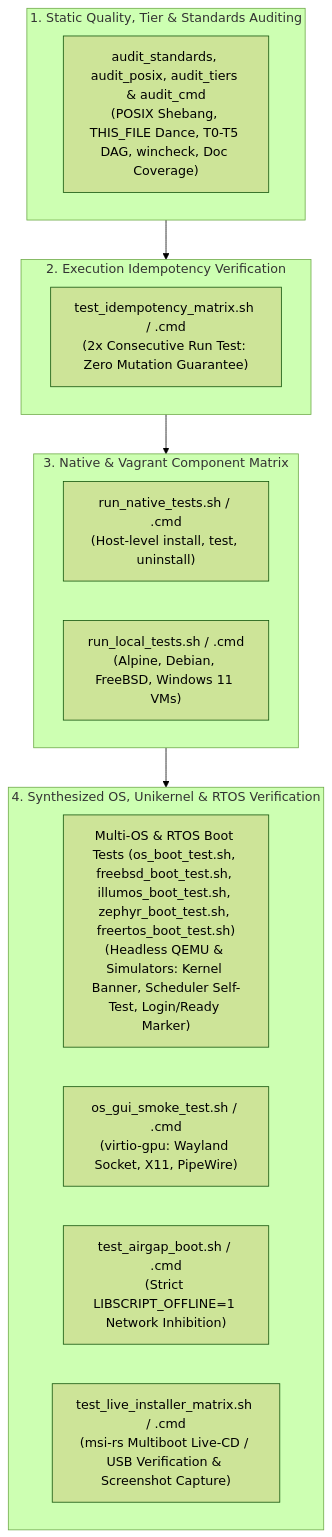
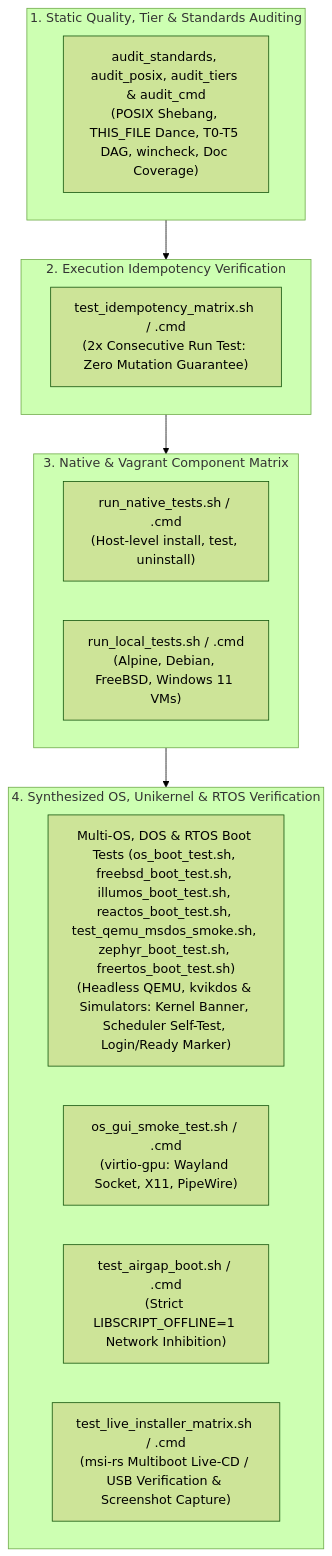
One commit to SamuelMarks/libscript changed the diagram in TEST.md. Above: the diagram before and after it, drawn with Mermaid (forest theme). The commit also changed other lines of this file and 856 other files, not shown here.

````diff
--- a/TEST.md
+++ b/TEST.md
@@ -14,26 +14,26 @@
 ```mermaid
 flowchart TD
     subgraph Layer1[1. Static Quality, Tier & Standards Auditing]
         Audit["audit_standards, audit_posix, audit_tiers & audit_cmd<br/>(POSIX Shebang, THIS_FILE Dance, T0-T5 DAG, wincheck, Doc Coverage)"]
     end
 
     subgraph Layer2[2. Execution Idempotency Verification]
         Idempotency["test_idempotency_matrix.sh / .cmd<br/>(2x Consecutive Run Test: Zero Mutation Guarantee)"]
     end
 
     subgraph Layer3[3. Native & Vagrant Component Matrix]
         NativeTests["run_native_tests.sh / .cmd<br/>(Host-level install, test, uninstall)"]
         VagrantTests["run_local_tests.sh / .cmd<br/>(Alpine, Debian, FreeBSD, Windows 11 VMs)"]
     end
 
     subgraph Layer4[4. Synthesized OS, Unikernel & RTOS Verification]
-        BootTest["Multi-OS & RTOS Boot Tests (os_boot_test.sh, freebsd_boot_test.sh, illumos_boot_test.sh, zephyr_boot_test.sh, freertos_boot_test.sh)<br/>(Headless QEMU & Simulators: Kernel Banner, Scheduler Self-Test, Login/Ready Marker)"]
+        BootTest["Multi-OS, DOS & RTOS Boot Tests (os_boot_test.sh, freebsd_boot_test.sh, illumos_boot_test.sh, reactos_boot_test.sh, test_qemu_msdos_smoke.sh, zephyr_boot_test.sh, freertos_boot_test.sh)<br/>(Headless QEMU, kvikdos & Simulators: Kernel Banner, Scheduler Self-Test, Login/Ready Marker)"]
         GUISmoke["os_gui_smoke_test.sh / .cmd<br/>(virtio-gpu: Wayland Socket, X11, PipeWire)"]
         AirGap["test_airgap_boot.sh / .cmd<br/>(Strict LIBSCRIPT_OFFLINE=1 Network Inhibition)"]
         LiveMatrix["test_live_installer_matrix.sh / .cmd<br/>(msi-rs Multiboot Live-CD / USB Verification & Screenshot Capture)"]
     end
 
     Layer1 --> Layer2
     Layer2 --> Layer3
     Layer3 --> Layer4
 ```
````
